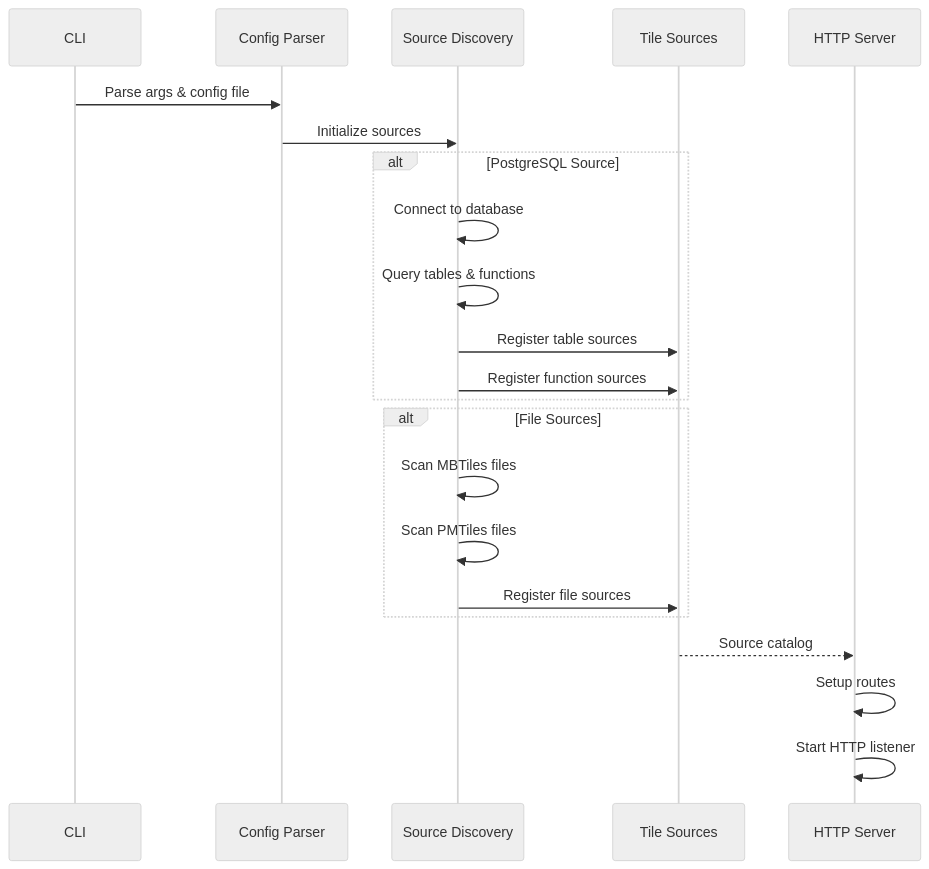
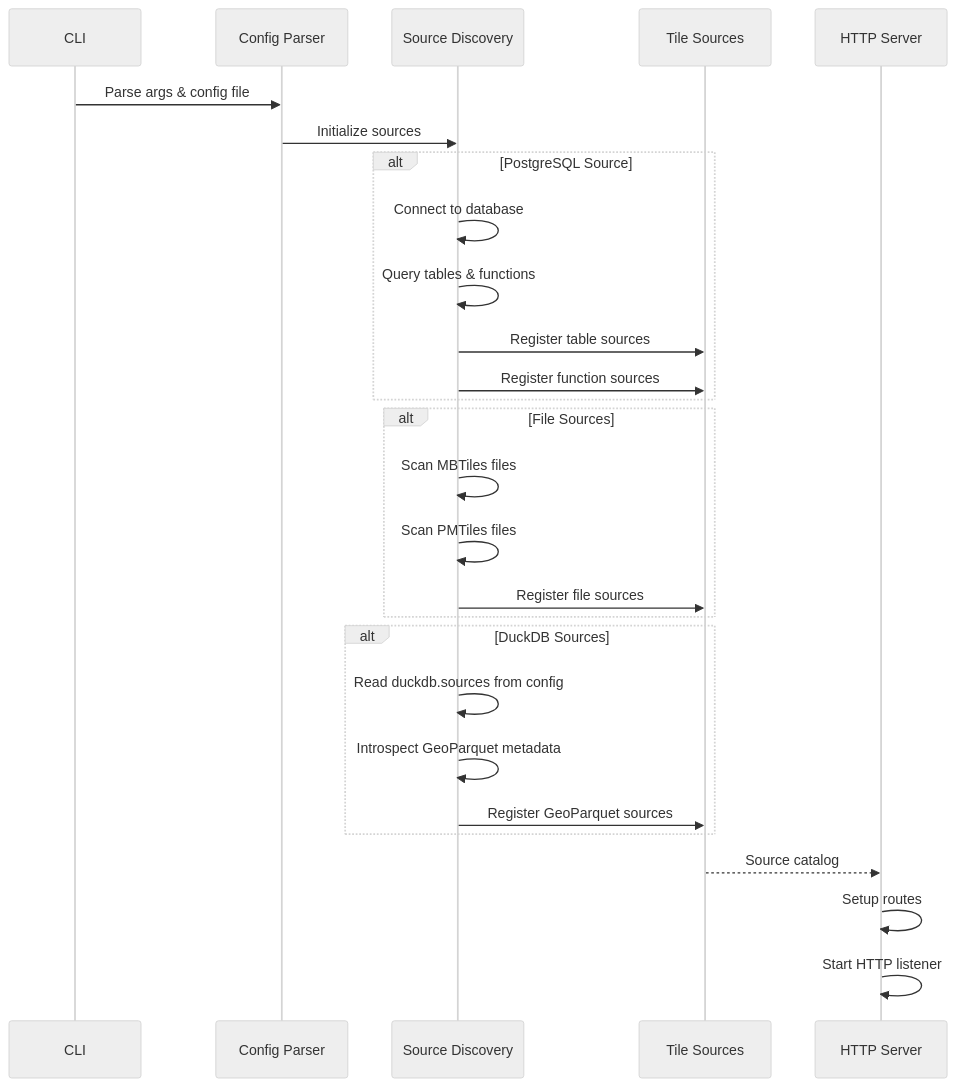
The third of 8 diagrams in docs/content/architecture.md (maplibre/martin), drawn with Mermaid (neutral theme) before and after one commit. The commit also changed other lines of this file and 11 other files, not shown here.

````diff
--- a/docs/content/architecture.md
+++ b/docs/content/architecture.md
@@ -194,28 +200,34 @@
     ```mermaid
     sequenceDiagram
         participant CLI
         participant Config as Config Parser
         participant Discovery as Source Discovery
         participant Sources as Tile Sources
         participant Server as HTTP Server
 
         CLI->>Config: Parse args & config file
         Config->>Discovery: Initialize sources
 
         alt PostgreSQL Source
             Discovery->>Discovery: Connect to database
             Discovery->>Discovery: Query tables & functions
             Discovery->>Sources: Register table sources
             Discovery->>Sources: Register function sources
         end
 
         alt File Sources
             Discovery->>Discovery: Scan MBTiles files
             Discovery->>Discovery: Scan PMTiles files
             Discovery->>Sources: Register file sources
         end
 
+        alt DuckDB Sources
+            Discovery->>Discovery: Read duckdb.sources from config
+            Discovery->>Discovery: Introspect GeoParquet metadata
+            Discovery->>Sources: Register GeoParquet sources
+        end
+
         Sources-->>Server: Source catalog
         Server->>Server: Setup routes
         Server->>Server: Start HTTP listener
     ```
````
